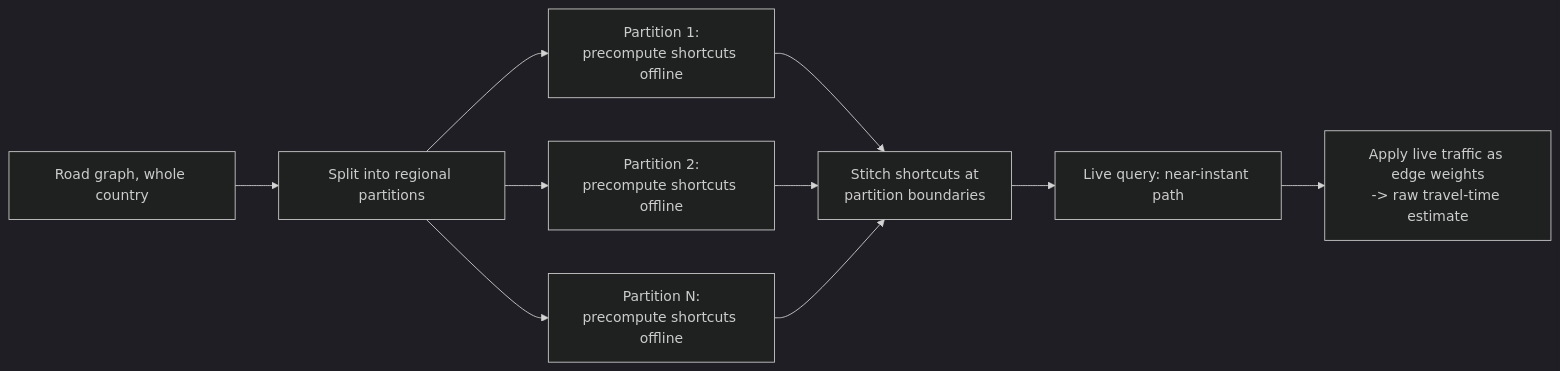
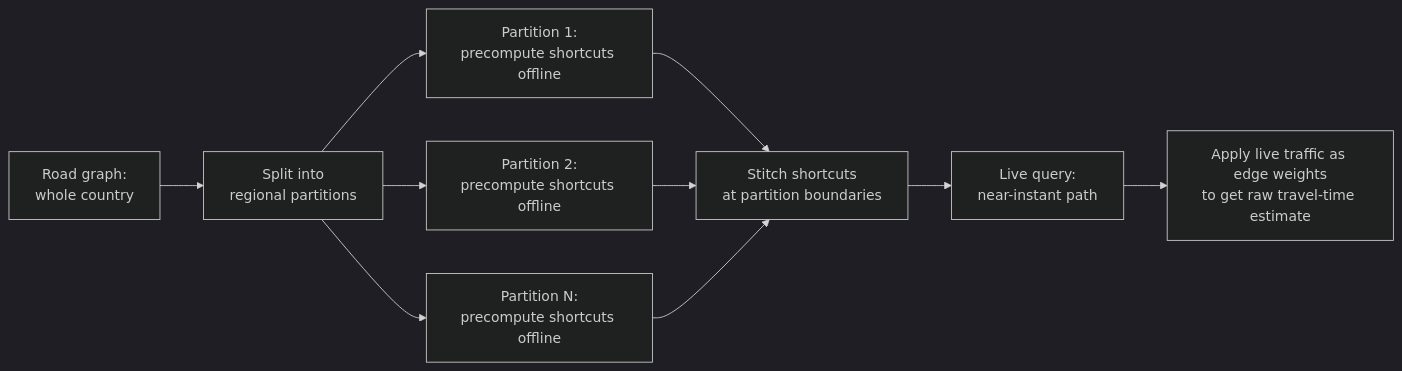
Before and after one commit to riyaz-pasha/Learnings: the ninth of 16 diagrams in system-design/HLD/0-course/30-Design Uber-FAANG-Guide-story.md, drawn with Mermaid (dark theme). The commit also changed other lines of this file and 1 other file, not shown here.

First line of the commit message:
[REWRITE] Design Uber guides: simplify prose, add structure, fix dark-theme diagrams

````diff
--- a/system-design/HLD/0-course/30-Design Uber-FAANG-Guide-story.md
+++ b/system-design/HLD/0-course/30-Design Uber-FAANG-Guide-story.md
@@ -239,10 +549,10 @@
 ```mermaid
 flowchart LR
-    A["Road graph, whole country"] --> B["Split into regional partitions"]
-    B --> C1["Partition 1:\nprecompute shortcuts offline"]
-    B --> C2["Partition 2:\nprecompute shortcuts offline"]
-    B --> C3["Partition N:\nprecompute shortcuts offline"]
-    C1 & C2 & C3 --> D["Stitch shortcuts at\npartition boundaries"]
-    D --> E["Live query: near-instant path"]
-    E --> F["Apply live traffic as edge weights\n-> raw travel-time estimate"]
+    A["Road graph:<br/>whole country"] --> B["Split into<br/>regional partitions"]
+    B --> C1["Partition 1:<br/>precompute shortcuts offline"]
+    B --> C2["Partition 2:<br/>precompute shortcuts offline"]
+    B --> C3["Partition N:<br/>precompute shortcuts offline"]
+    C1 & C2 & C3 --> D["Stitch shortcuts<br/>at partition boundaries"]
+    D --> E["Live query:<br/>near-instant path"]
+    E --> F["Apply live traffic as edge weights<br/>to get raw travel-time estimate"]
 ```
````
